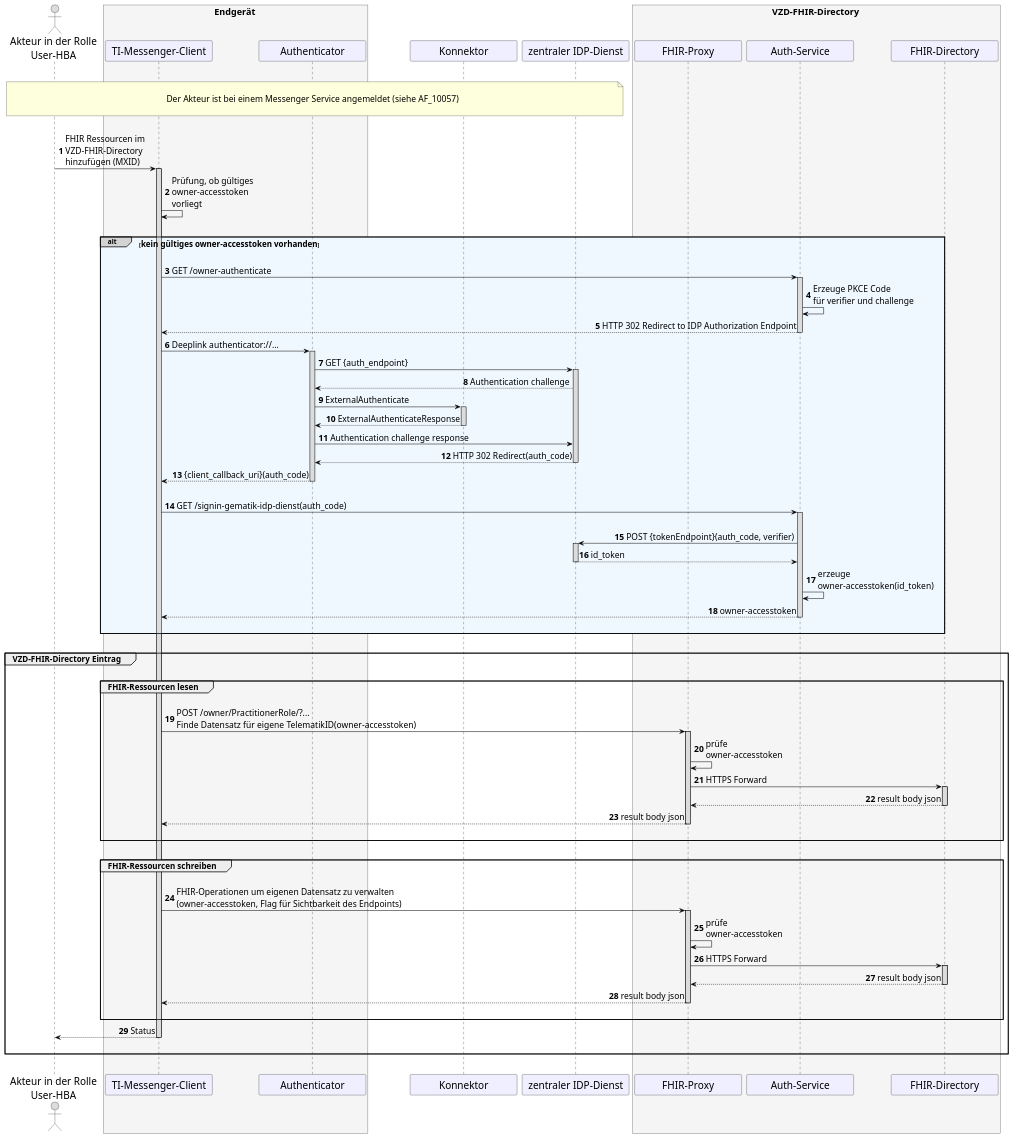
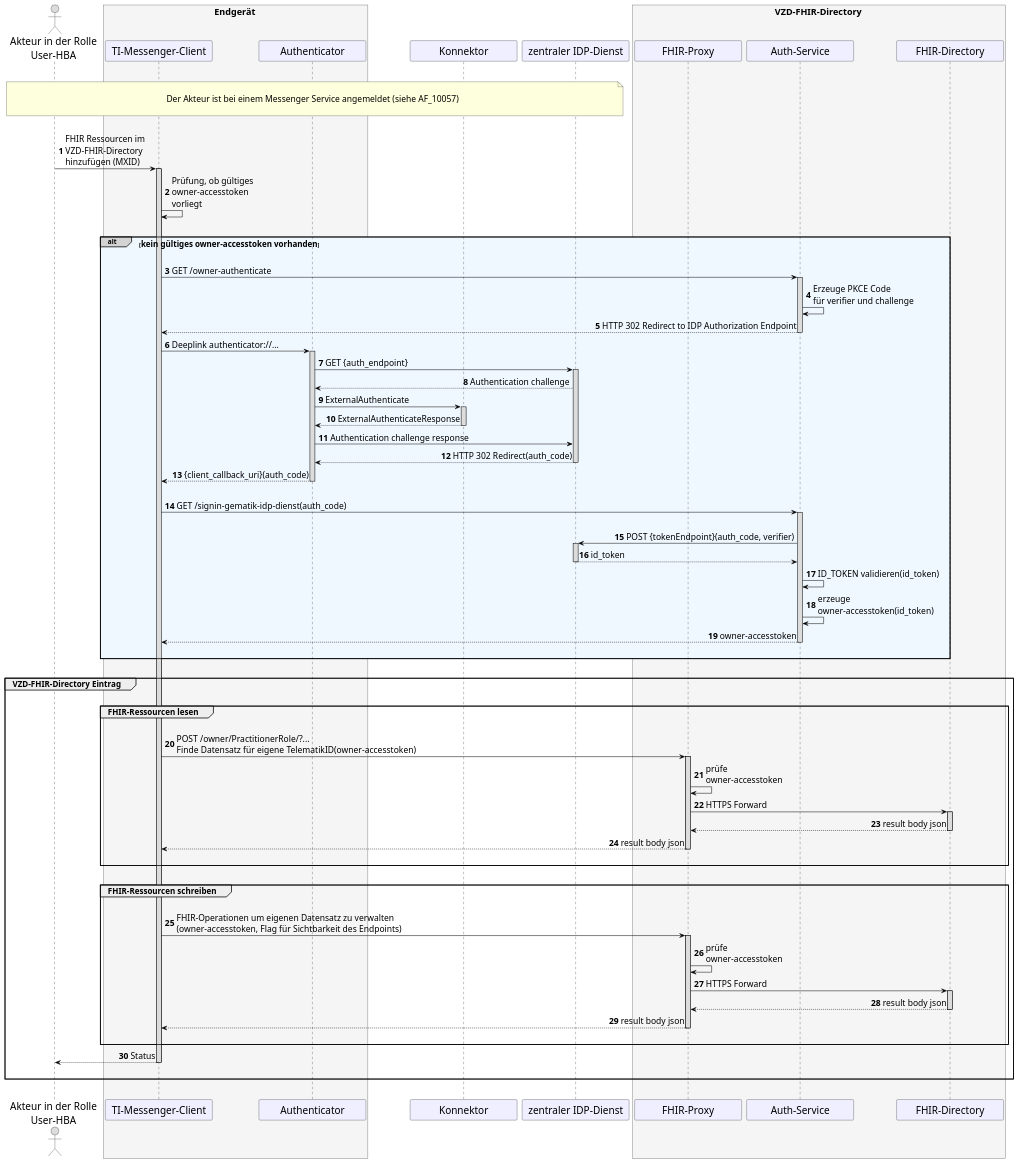
The diagram in src/plantuml/TI-Messenger-Dienst/Ressourcen/UC_10058_Seq.puml (gematik/api-ti-messenger), drawn with PlantUML before and after one commit. The commit also changed 5 other files, not shown here.

```diff
--- a/src/plantuml/TI-Messenger-Dienst/Ressourcen/UC_10058_Seq.puml
+++ b/src/plantuml/TI-Messenger-Dienst/Ressourcen/UC_10058_Seq.puml
@@ -9,134 +9,135 @@
 @startuml
 skinparam sequenceMessageAlign direction
 skinparam minClassWidth 200
 skinparam BoxPadding 1
 skinparam sequenceReferenceHeaderBackgroundColor palegreen
 scale max 2048 width
 
 skinparam sequence {
 ArrowColor black
 ArrowFontSize 17
 ActorBorderColor black
 LifeLineBorderColor black
 LifeLineBackgroundColor Gainsboro
 
 ParticipantBorderColor Motivation
 ParticipantBackgroundColor Motivation
 ParticipantFontSize 20
 ParticipantFontColor black
 ParticipantBorderColor Black
 
 ActorBackgroundColor Gainsboro
 ActorFontColor black
 ActorFontSize 20
 }
 
 autonumber
 
 actor U as "Akteur in der Rolle\nUser-HBA"
 box <size:18>Endgerät</size> #WhiteSmoke
   participant C as "TI-Messenger-Client"
   participant A as "Authenticator"
 end box
 participant konnektor as "Konnektor"
 participant I as "zentraler IDP-Dienst" 
 box <size:18>VZD-FHIR-Directory</size> #WhiteSmoke
   participant FP as "FHIR-Proxy"
   participant Auth as "Auth-Service"
   participant VZD as "FHIR-Directory"
 end box
 
 |||
 note over U, I: \n<size:17>Der Akteur ist bei einem Messenger Service angemeldet (siehe AF_10057)</size>\n
 |||
 
 U->C: FHIR Ressourcen im \nVZD-FHIR-Directory \nhinzufügen (MXID)
   Activate C
 C->C: Prüfung, ob gültiges \nowner-accesstoken \nvorliegt
 
 |||
 alt#LightGrey #AliceBlue <size:16>kein gültiges owner-accesstoken vorhanden</size>
 |||
 
   C->Auth: GET /owner-authenticate
     Activate Auth
   Auth->Auth: Erzeuge PKCE Code \nfür verifier und challenge
   Auth-->C: HTTP 302 Redirect to IDP Authorization Endpoint
   Deactivate Auth
 
   C->A++: Deeplink authenticator://...
   A->I: GET {auth_endpoint}
   Activate I
 
   'C->I: GET /authorize
   I-->A: Authentication challenge
   A->konnektor++: ExternalAuthenticate
 
   'Activate A
   konnektor --> A: ExternalAuthenticateResponse
   deactivate konnektor
   
   A->I: Authentication challenge response
   I-->A: HTTP 302 Redirect(auth_code)
   Deactivate I
   A-->C: {client_callback_uri}(auth_code)
 'checkpoint
 
     Deactivate A
        
   |||          
   C->Auth: GET /signin-gematik-idp-dienst(auth_code)
     Activate Auth
   |||
   Auth->I: POST {tokenEndpoint}(auth_code, verifier)
   Activate I
   return id_token
   Deactivate I
+  Auth->Auth: ID_TOKEN validieren(id_token)
   Auth->Auth: erzeuge \nowner-accesstoken(id_token)
   Auth-->C: owner-accesstoken
     Deactivate Auth
   |||
 end
       
 |||
 
 group <size:16>VZD-FHIR-Directory Eintrag</size>
   |||
   group <size:16>FHIR-Ressourcen lesen</size>
   |||
   C->FP: POST /owner/PractitionerRole/?... \nFinde Datensatz für eigene TelematikID(owner-accesstoken)
     Activate FP
   FP->FP: prüfe \nowner-accesstoken
   FP->VZD: HTTPS Forward
     Activate VZD
   VZD-->FP: result body json
     Deactivate VZD
   FP-->C: result body json
     Deactivate FP
   |||
   end
     
   |||
   group <size:16>FHIR-Ressourcen schreiben</size>
   |||
   C->FP: FHIR-Operationen um eigenen Datensatz zu verwalten\n(owner-accesstoken, Flag für Sichtbarkeit des Endpoints)
     Activate FP
   FP->FP: prüfe \nowner-accesstoken
   FP->VZD: HTTPS Forward
     Activate VZD
   VZD-->FP: result body json
     Deactivate VZD
   FP-->C: result body json
     Deactivate FP
      
   |||
   end
 
   C-->U: Status    
     Deactivate C
   |||
 end
 |||
 
   Deactivate C
 @enduml
```
